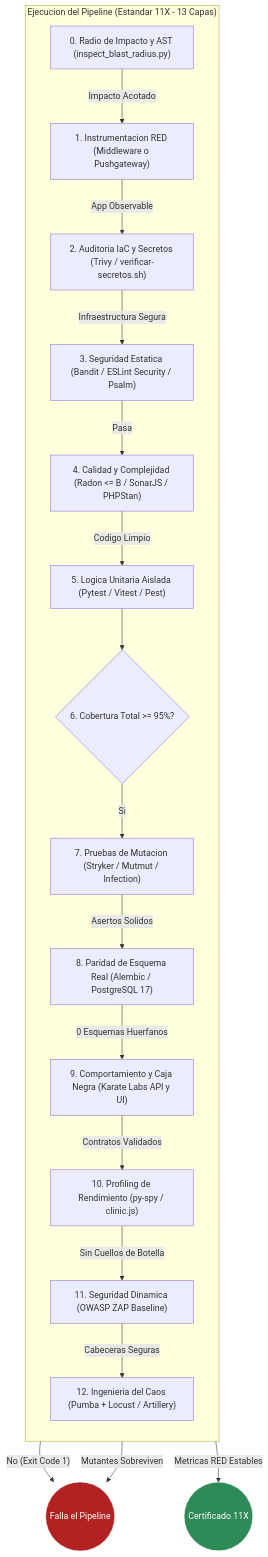
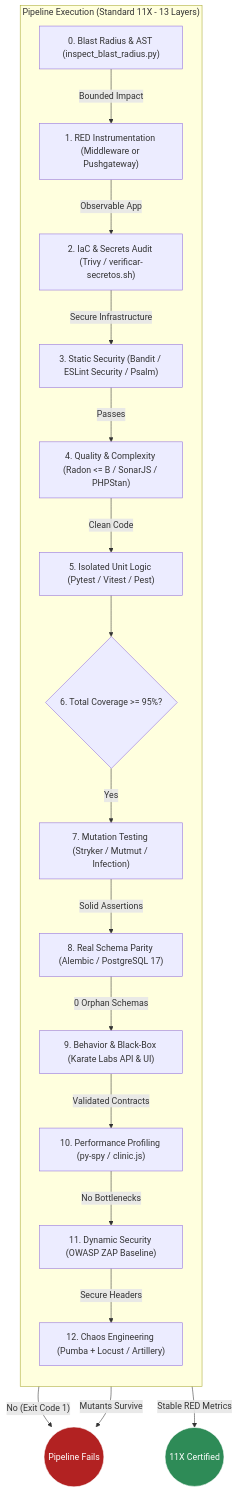
The third of 3 diagrams in docs/ARCHITECTURE_C4.md (tecno-consultores/qa-testing-blueprints), drawn with Mermaid before and after one commit. The commit also changed other lines of this file and 104 other files, not shown here.

````diff
--- a/docs/ARCHITECTURE_C4.md
+++ b/docs/ARCHITECTURE_C4.md
@@ -112,41 +117,41 @@
 ```mermaid
 flowchart TD
-    subgraph Pipeline11X["Ejecucion del Pipeline (Estandar 11X - 13 Capas)"]
+    subgraph Pipeline11X["Pipeline Execution (Standard 11X - 13 Layers)"]
         direction TB
 
-        Blast["0. Radio de Impacto y AST (inspect_blast_radius.py)"]
-        Obs["1. Instrumentacion RED (Middleware o Pushgateway)"]
-        IaC["2. Auditoria IaC y Secretos (Trivy / verificar-secretos.sh)"]
-        SAST["3. Seguridad Estatica (Bandit / ESLint Security / Psalm)"]
-        Static["4. Calidad y Complejidad (Radon <= B / SonarJS / PHPStan)"]
-        Unit["5. Logica Unitaria Aislada (Pytest / Vitest / Pest)"]
-        Coverage{"6. Cobertura Total >= 95%?"}
-        Mutation["7. Pruebas de Mutacion (Stryker / Mutmut / Infection)"]
-        Parity["8. Paridad de Esquema Real (Alembic / PostgreSQL 17)"]
-        BDD["9. Comportamiento y Caja Negra (Karate Labs API y UI)"]
-        Performance["10. Profiling de Rendimiento (py-spy / clinic.js)"]
-        DAST["11. Seguridad Dinamica (OWASP ZAP Baseline)"]
-        Chaos["12. Ingenieria del Caos (Pumba + Locust / Artillery)"]
+        Blast["0. Blast Radius & AST (inspect_blast_radius.py)"]
+        Obs["1. RED Instrumentation (Middleware or Pushgateway)"]
+        IaC["2. IaC & Secrets Audit (Trivy / verificar-secretos.sh)"]
+        SAST["3. Static Security (Bandit / ESLint Security / Psalm)"]
+        Static["4. Quality & Complexity (Radon <= B / SonarJS / PHPStan)"]
+        Unit["5. Isolated Unit Logic (Pytest / Vitest / Pest)"]
+        Coverage{"6. Total Coverage >= 95%?"}
+        Mutation["7. Mutation Testing (Stryker / Mutmut / Infection)"]
+        Parity["8. Real Schema Parity (Alembic / PostgreSQL 17)"]
+        BDD["9. Behavior & Black-Box (Karate Labs API & UI)"]
+        Performance["10. Performance Profiling (py-spy / clinic.js)"]
+        DAST["11. Dynamic Security (OWASP ZAP Baseline)"]
+        Chaos["12. Chaos Engineering (Pumba + Locust / Artillery)"]
     end
 
-    Blast -->|"Impacto Acotado"| Obs
-    Obs -->|"App Observable"| IaC
-    IaC -->|"Infraestructura Segura"| SAST
-    SAST -->|"Pasa"| Static
-    Static -->|"Codigo Limpio"| Unit
+    Blast -->|"Bounded Impact"| Obs
+    Obs -->|"Observable App"| IaC
+    IaC -->|"Secure Infrastructure"| SAST
+    SAST -->|"Passes"| Static
+    Static -->|"Clean Code"| Unit
     Unit --> Coverage
-    Coverage -->|"Si"| Mutation
-    Coverage -->|"No (Exit Code 1)"| FallaPipeline(("Falla el Pipeline"))
-    Mutation -->|"Mutantes Sobreviven"| FallaPipeline
-    Mutation -->|"Asertos Solidos"| Parity
-    Parity -->|"0 Esquemas Huerfanos"| BDD
-    BDD -->|"Contratos Validados"| Performance
-    Performance -->|"Sin Cuellos de Botella"| DAST
-    DAST -->|"Cabeceras Seguras"| Chaos
-    Chaos -->|"Metricas RED Estables"| Exito(("Certificado 11X"))
+    Coverage -->|"Yes"| Mutation
+    Coverage -->|"No (Exit Code 1)"| FallaPipeline(("Pipeline Fails"))
+    Mutation -->|"Mutants Survive"| FallaPipeline
+    Mutation -->|"Solid Assertions"| Parity
+    Parity -->|"0 Orphan Schemas"| BDD
+    BDD -->|"Validated Contracts"| Performance
+    Performance -->|"No Bottlenecks"| DAST
+    DAST -->|"Secure Headers"| Chaos
+    Chaos -->|"Stable RED Metrics"| Exito(("11X Certified"))
 
     classDef pass fill:#2e8b57,stroke:#fff,color:#fff;
     classDef fail fill:#b22222,stroke:#fff,color:#fff;
     class Exito pass;
     class FallaPipeline fail;
 ```
````
